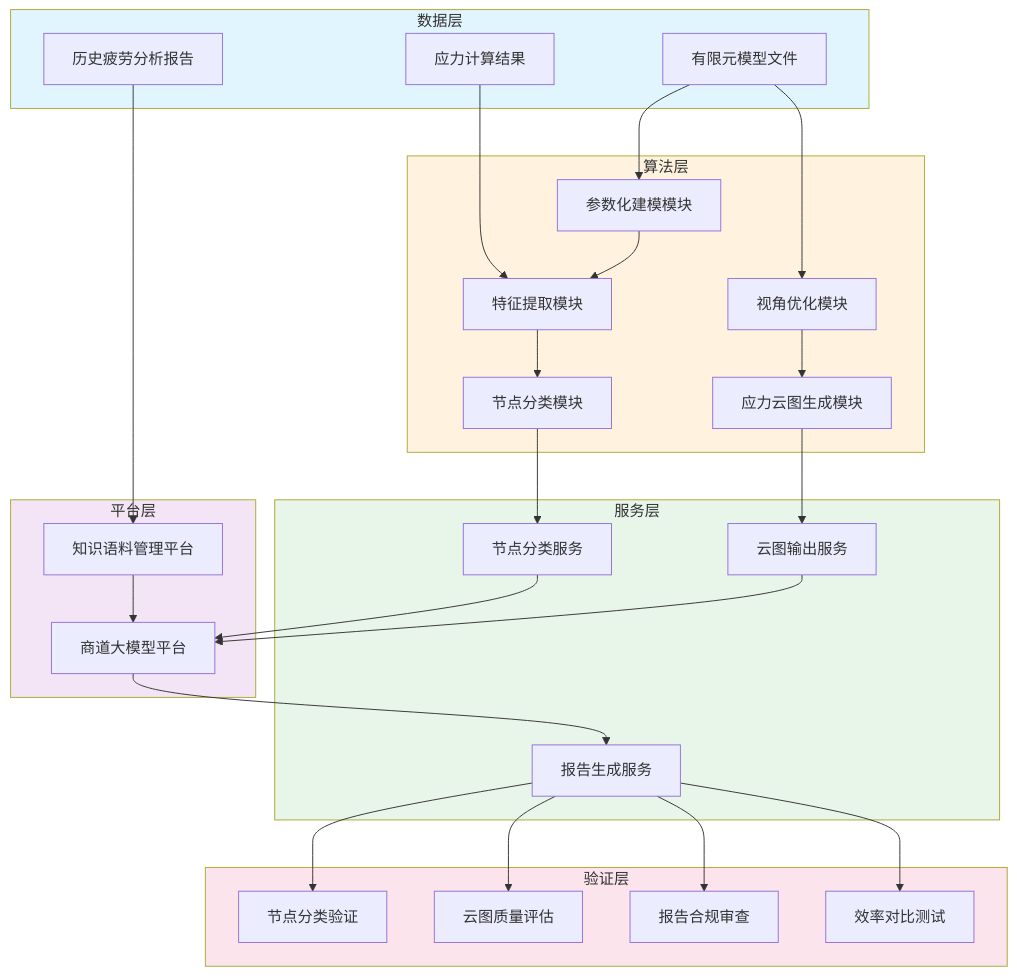
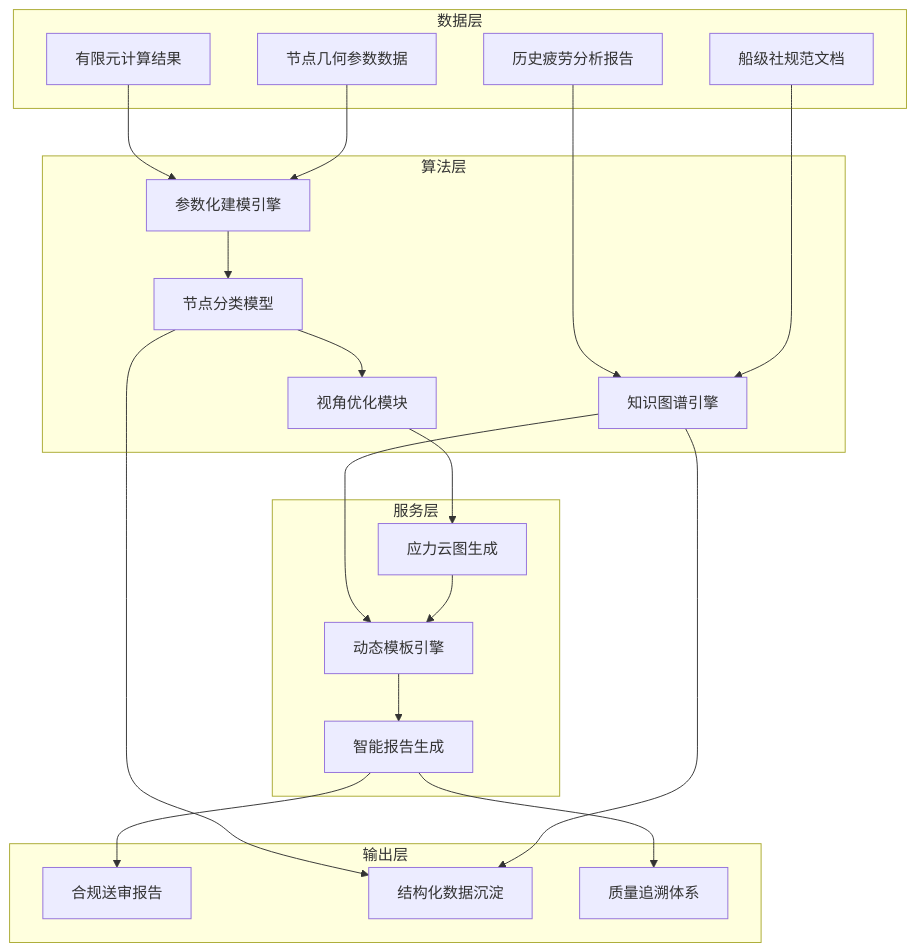
The first of 9 diagrams in generated-drafts/zs-test/完整文稿.md (ffgzz/official-doc-skills), drawn with Mermaid before and after one commit. The commit also changed other lines of this file and 53 other files, not shown here.

````diff
--- a/generated-drafts/zs-test/完整文稿.md
+++ b/generated-drafts/zs-test/完整文稿.md
@@ -294,58 +15,43 @@
 ```mermaid
-graph TB
+flowchart TB
     subgraph 数据层["数据层"]
-        A1[有限元模型文件]
-        A2[应力计算结果]
-        A3[历史疲劳分析报告]
+        A1[有限元计算结果]
+        A2[历史疲劳分析报告]
+        A3[船级社规范文档]
+        A4[节点几何参数数据]
     end
     
     subgraph 算法层["算法层"]
-        B1[参数化建模模块]
-        B2[特征提取模块]
-        B3[节点分类模块]
-        B4[视角优化模块]
-        B5[应力云图生成模块]
+        B1[参数化建模引擎]
+        B2[节点分类模型]
+        B3[视角优化模块]
+        B4[知识图谱引擎]
     end
     
     subgraph 服务层["服务层"]
-        C1[节点分类服务]
-        C2[云图输出服务]
-        C3[报告生成服务]
+        C1[应力云图生成]
+        C2[动态模板引擎]
+        C3[智能报告生成]
     end
     
-    subgraph 平台层["平台层"]
-        D1[商道大模型平台]
-        D2[知识语料管理平台]
-    end
-    
-    subgraph 验证层["验证层"]
-        E1[节点分类验证]
-        E2[云图质量评估]
-        E3[报告合规审查]
-        E4[效率对比测试]
+    subgraph 输出层["输出层"]
+        D1[合规送审报告]
+        D2[结构化数据沉淀]
+        D3[质量追溯体系]
     end
     
     A1 --> B1
-    A2 --> B2
-    A3 --> D2
+    A2 --> B4
+    A3 --> B4
+    A4 --> B1
     B1 --> B2
     B2 --> B3
     B3 --> C1
-    A1 --> B4
-    B4 --> B5
-    B5 --> C2
-    D2 --> D1
-    C1 --> D1
-    C2 --> D1
-    D1 --> C3
-    C3 --> E1
-    C3 --> E2
-    C3 --> E3
-    C3 --> E4
-    
-    style 数据层 fill:#e1f5fe
-    style 算法层 fill:#fff3e0
-    style 服务层 fill:#e8f5e9
-    style 平台层 fill:#f3e5f5
-    style 验证层 fill:#fce4ec
+    B4 --> C2
+    C1 --> C2
+    C2 --> C3
+    C3 --> D1
+    B2 --> D2
+    B4 --> D2
+    C3 --> D3
 ```
````
